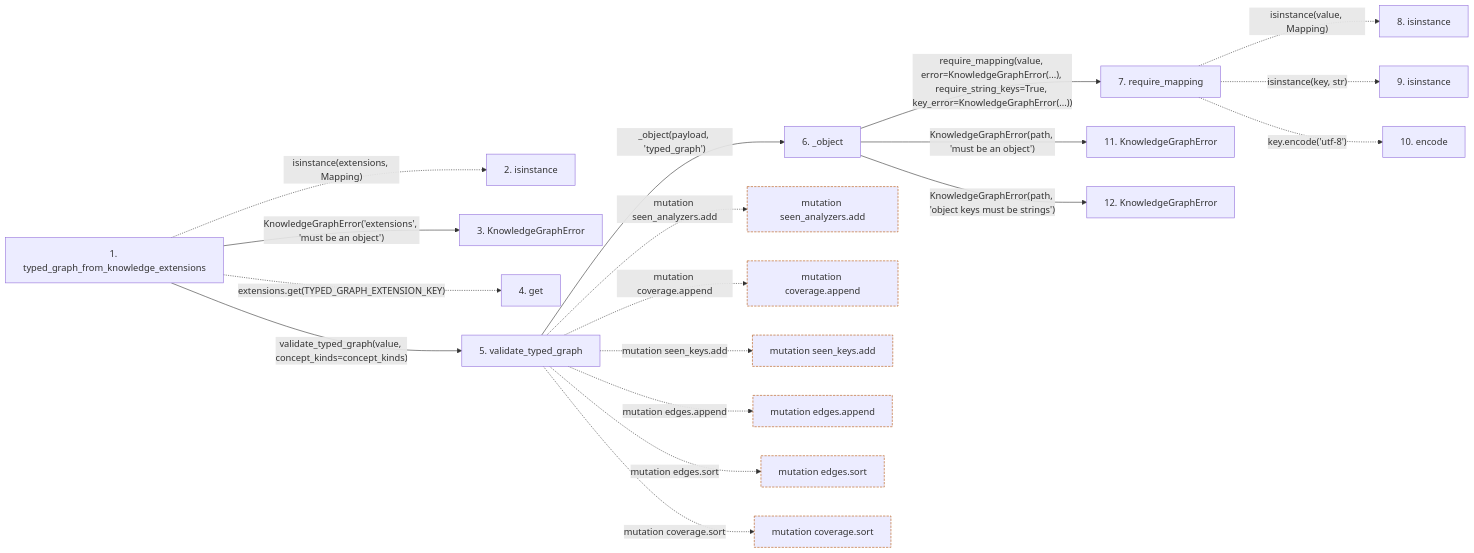
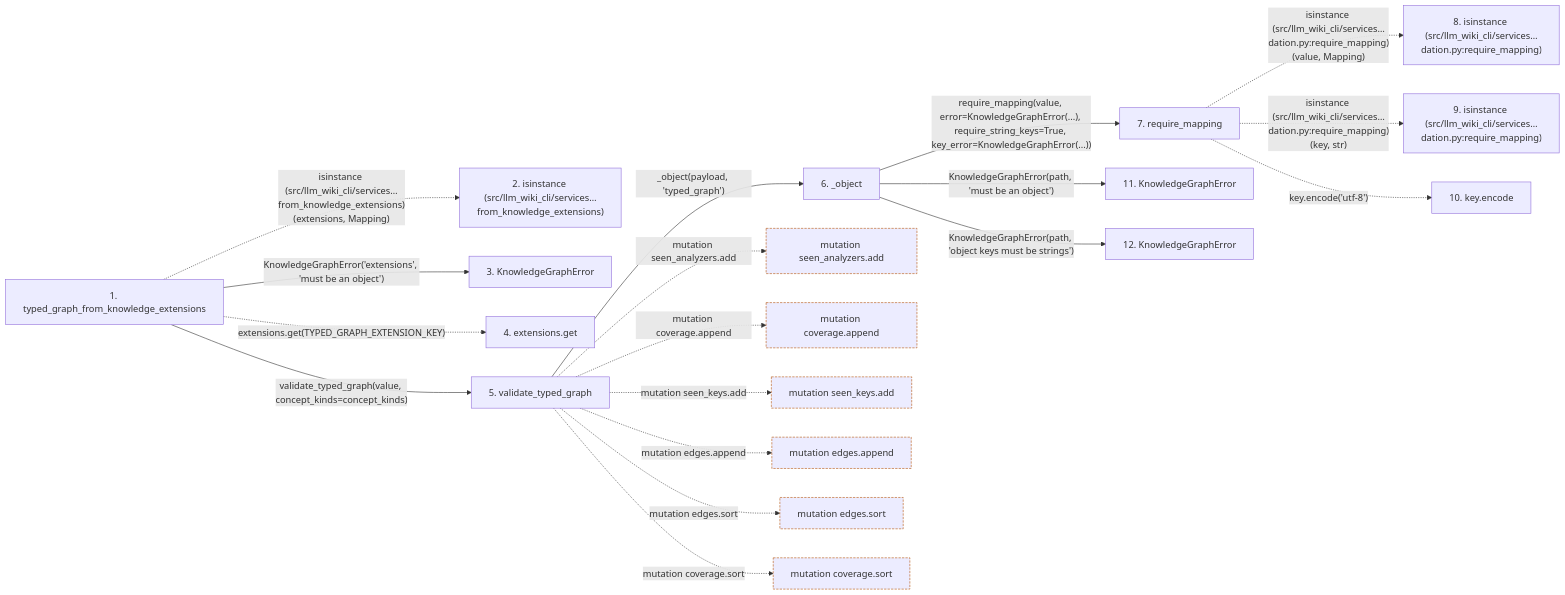
Before and after one commit to Denissvgn/python-wiki-llm: the second of 2 diagrams in docs/llm_wiki/flows/api-typed_graph_from_knowledge_extensions.md, drawn with Mermaid. The commit also changed other lines of this file and 719 other files, not shown here.

````diff
--- a/docs/llm_wiki/flows/api-typed_graph_from_knowledge_extensions.md
+++ b/docs/llm_wiki/flows/api-typed_graph_from_knowledge_extensions.md
@@ -77,52 +79,52 @@
 ```mermaid
 flowchart LR
     s1["1. typed_graph_from_knowledge_extensions"]
-    s2["2. isinstance"]
+    s2["2. isinstance (src/llm_wiki_cli/services…from_knowledge_extensions)"]
     s3["3. KnowledgeGraphError"]
-    s4["4. get"]
+    s4["4. extensions.get"]
     s5["5. validate_typed_graph"]
     s6["6. _object"]
     s7["7. require_mapping"]
-    s8["8. isinstance"]
-    s9["9. isinstance"]
-    s10["10. encode"]
+    s8["8. isinstance (src/llm_wiki_cli/services…dation.py:require_mapping)"]
+    s9["9. isinstance (src/llm_wiki_cli/services…dation.py:require_mapping)"]
+    s10["10. key.encode"]
     s11["11. KnowledgeGraphError"]
     s12["12. KnowledgeGraphError"]
-    s1 -. "isinstance(extensions, Mapping)" .-> s2
+    s1 -. "isinstance (src/llm_wiki_cli/services…from_knowledge_extensions)(extensions, Mapping)" .-> s2
     s1 -->|"KnowledgeGraphError('extensions', 'must be an object')"| s3
     s1 -. "extensions.get(TYPED_GRAPH_EXTENSION_KEY)" .-> s4
     s1 -->|"validate_typed_graph(value, concept_kinds=concept_kinds)"| s5
     s5 -->|"_object(payload, 'typed_graph')"| s6
     s6 -->|"require_mapping(value, error=KnowledgeGraphError(...), require_string_keys=True, key_error=KnowledgeGraphError(...))"| s7
-    s7 -. "isinstance(value, Mapping)" .-> s8
-    s7 -. "isinstance(key, str)" .-> s9
+    s7 -. "isinstance (src/llm_wiki_cli/services…dation.py:require_mapping)(value, Mapping)" .-> s8
+    s7 -. "isinstance (src/llm_wiki_cli/services…dation.py:require_mapping)(key, str)" .-> s9
     s7 -. "key.encode('utf-8')" .-> s10
     s6 -->|"KnowledgeGraphError(path, 'must be an object')"| s11
     s6 -->|"KnowledgeGraphError(path, 'object keys must be strings')"| s12
     b0["mutation seen_analyzers.add"]
     s5 -. "mutation seen_analyzers.add" .-> b0
     b1["mutation coverage.append"]
     s5 -. "mutation coverage.append" .-> b1
     b2["mutation seen_keys.add"]
     s5 -. "mutation seen_keys.add" .-> b2
     b3["mutation edges.append"]
     s5 -. "mutation edges.append" .-> b3
     b4["mutation edges.sort"]
     s5 -. "mutation edges.sort" .-> b4
     b5["mutation coverage.sort"]
     s5 -. "mutation coverage.sort" .-> b5
     click s1 "../modules/knowledge_graph.md"
     click s3 "../modules/knowledge_graph.md"
     click s5 "../modules/knowledge_graph.md"
     click s6 "../modules/knowledge_graph.md"
     click s7 "../modules/validation.md"
     click s11 "../modules/knowledge_graph.md"
     click s12 "../modules/knowledge_graph.md"
     classDef boundary stroke:#b45309,stroke-dasharray: 4 2
     class b0 boundary
     class b1 boundary
     class b2 boundary
     class b3 boundary
     class b4 boundary
     class b5 boundary
 ```
````
